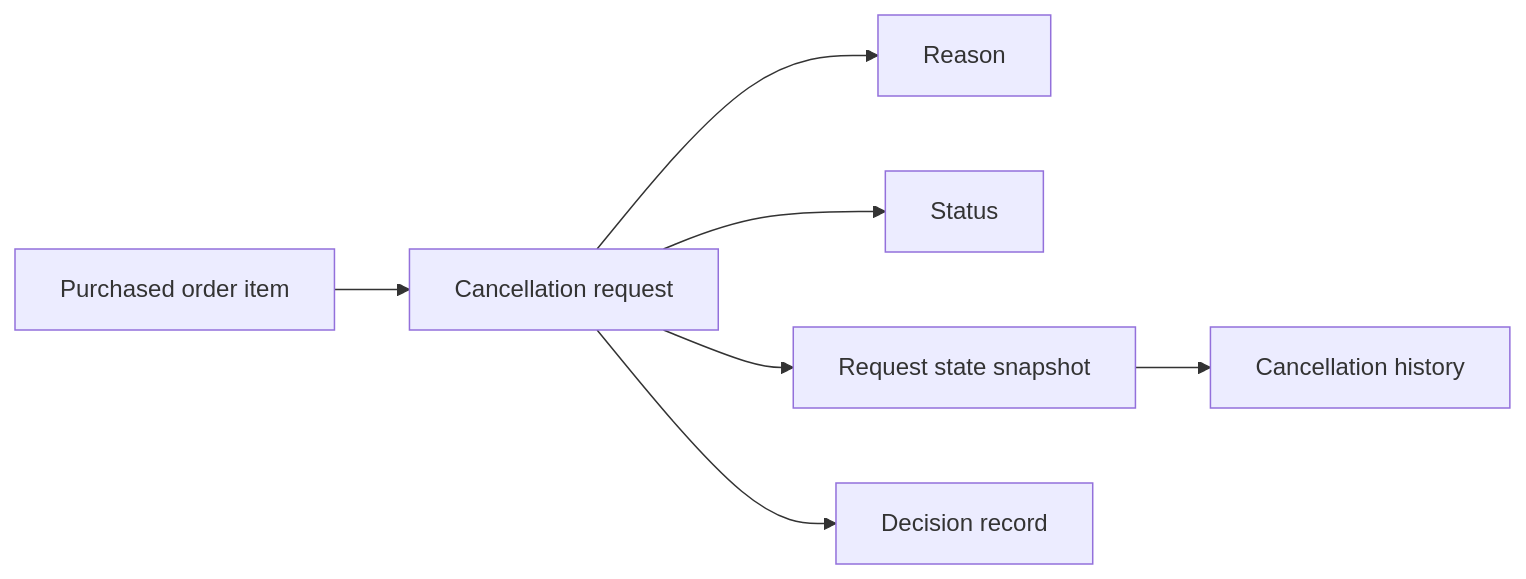
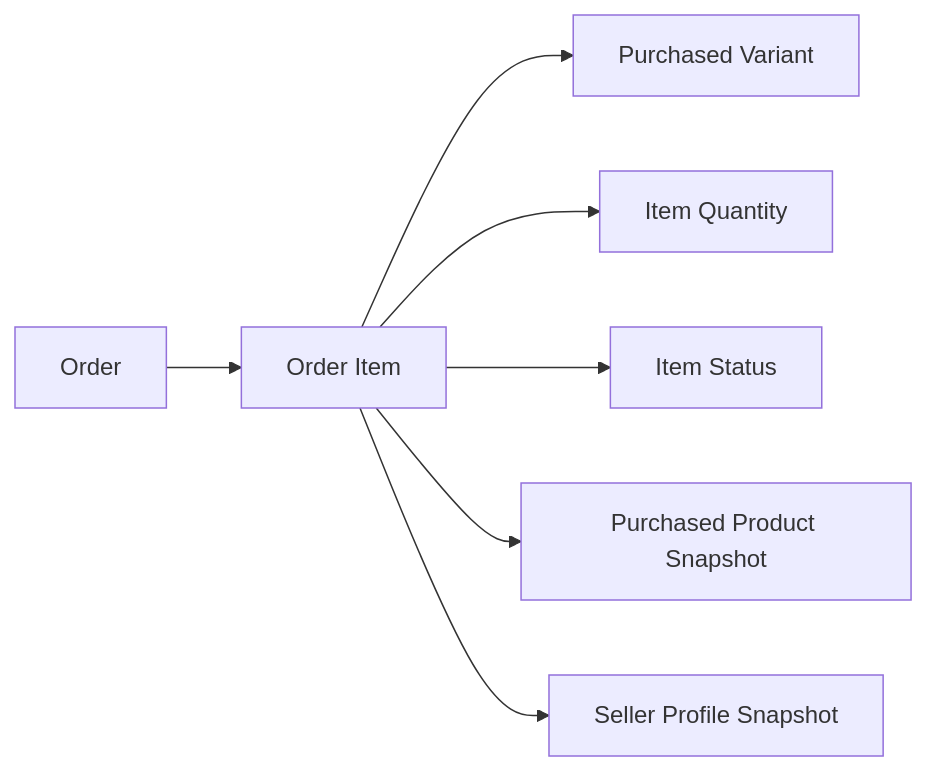
Diagram 13 of 32 in openai/gpt-5.4-mini/shopping/docs/analysis/02-domain-model.md (wrtnlabs/autobe-examples), drawn with Mermaid before and after one commit. The commit also changed other lines of this file and 9017 other files, not shown here.

````diff
--- a/openai/gpt-5.4-mini/shopping/docs/analysis/02-domain-model.md
+++ b/openai/gpt-5.4-mini/shopping/docs/analysis/02-domain-model.md
@@ -590,9 +522,9 @@
 ```mermaid
 flowchart LR
-    A["Purchased order item"] --> B["Cancellation request"]
-    B --> C["Reason"]
-    B --> D["Status"]
-    B --> E["Request state snapshot"]
-    E --> F["Cancellation history"]
-    B --> G["Decision record"]
+    A["Order"] --> B["Order Item"]
+    B --> C["Purchased Variant"]
+    B --> D["Item Quantity"]
+    B --> E["Item Status"]
+    B --> F["Purchased Product Snapshot"]
+    B --> G["Seller Profile Snapshot"]
 ```
````
